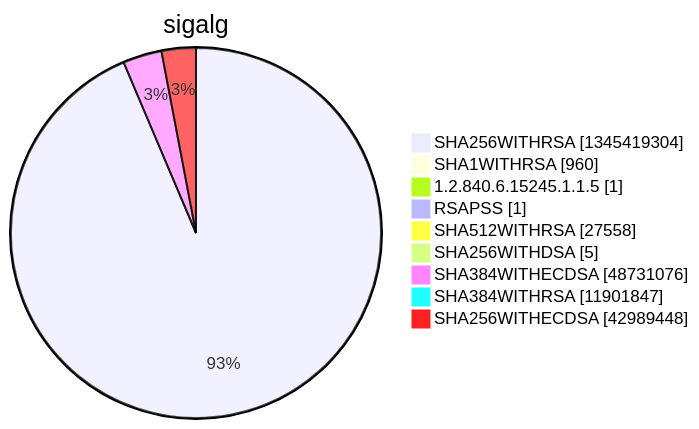
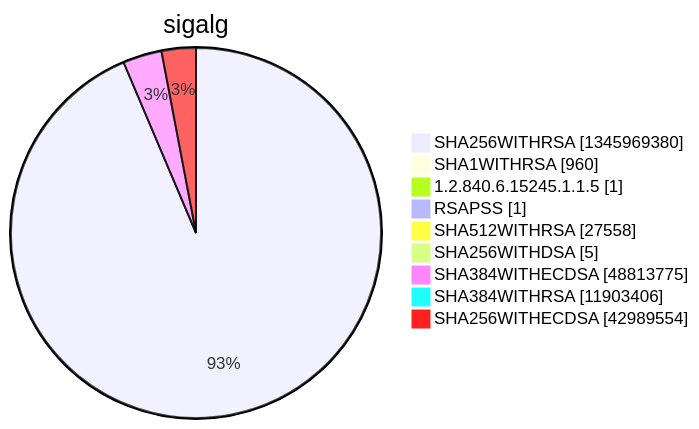
One commit to christiankrug/ctmonitor_visualization changed diagram 15 of 15 in argon2022/README.md. Above: the diagram before and after it, drawn with Mermaid. The commit also changed other lines of this file, not shown here.

````diff
--- a/argon2022/README.md
+++ b/argon2022/README.md
@@ -5524,13 +5524,13 @@
 ```mermaid
 pie showData
 title sigalg
-"SHA256WITHRSA" :1345419304
+"SHA256WITHRSA" :1345969380
 "SHA1WITHRSA" :960
 "1.2.840.6.15245.1.1.5" :1
 "RSAPSS" :1
 "SHA512WITHRSA" :27558
 "SHA256WITHDSA" :5
-"SHA384WITHECDSA" :48731076
-"SHA384WITHRSA" :11901847
-"SHA256WITHECDSA" :42989448
+"SHA384WITHECDSA" :48813775
+"SHA384WITHRSA" :11903406
+"SHA256WITHECDSA" :42989554
 ```
````
